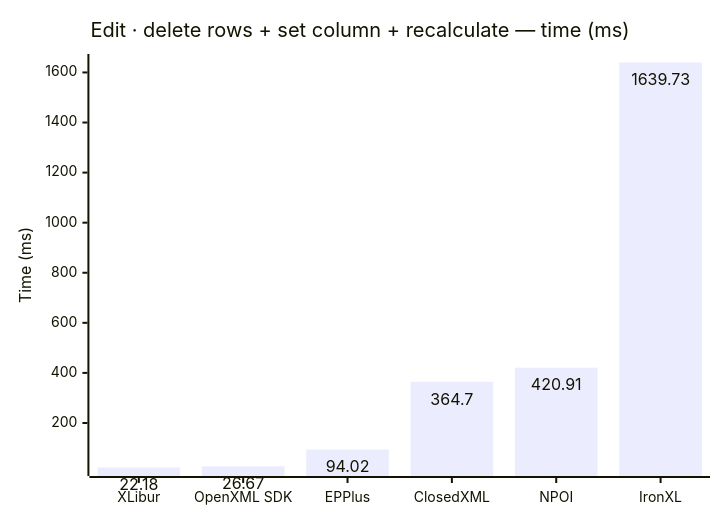
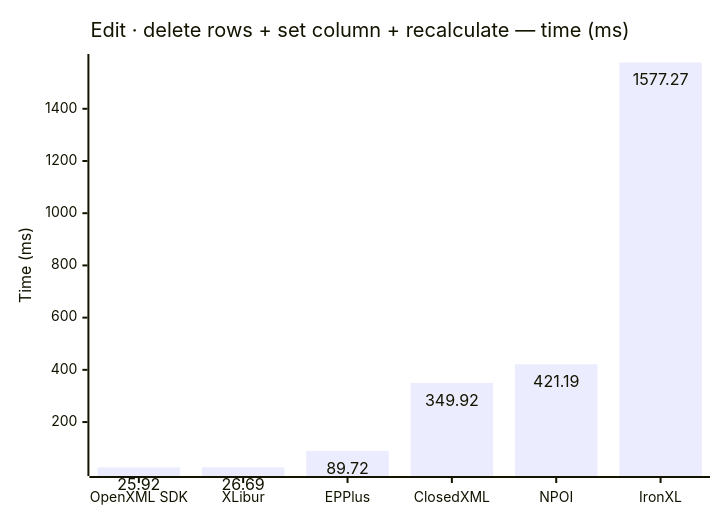
Before and after one commit to jafin/XLBench: the ninth of 12 diagrams in docs/results.md, drawn with Mermaid. The commit also changed other lines of this file and 2 other files, not shown here.

````diff
--- a/docs/results.md
+++ b/docs/results.md
@@ -139,12 +139,12 @@
 ```mermaid
 ---
 config:
   xyChart:
     showDataLabel: true
 ---
 xychart-beta
     title "Edit · delete rows + set column + recalculate — time (ms)"
-    x-axis ["XLibur", "OpenXML SDK", "EPPlus", "ClosedXML", "NPOI", "IronXL"]
+    x-axis ["OpenXML SDK", "XLibur", "EPPlus", "ClosedXML", "NPOI", "IronXL"]
     y-axis "Time (ms)"
-    bar [22.18, 26.67, 94.02, 364.7, 420.91, 1639.73]
+    bar [25.92, 26.69, 89.72, 349.92, 421.19, 1577.27]
 ```
````
